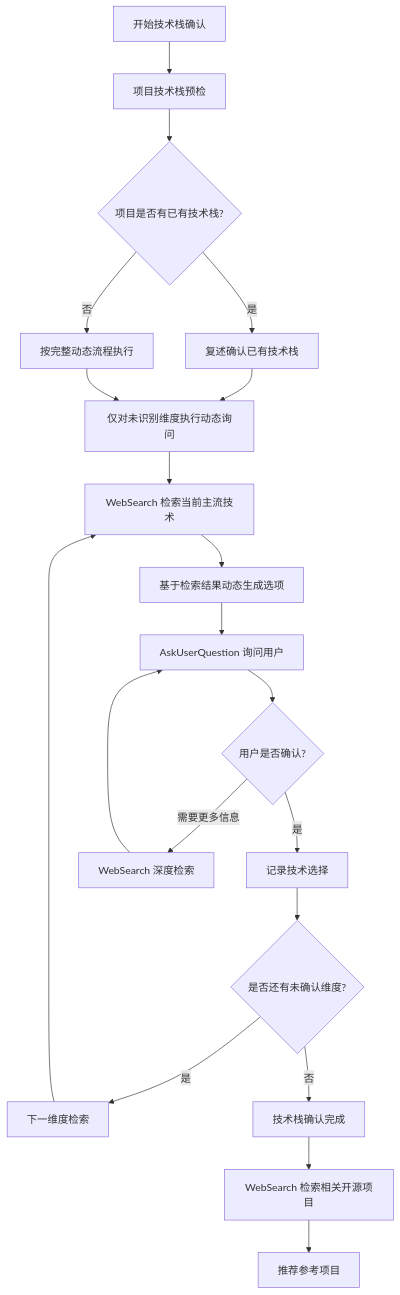
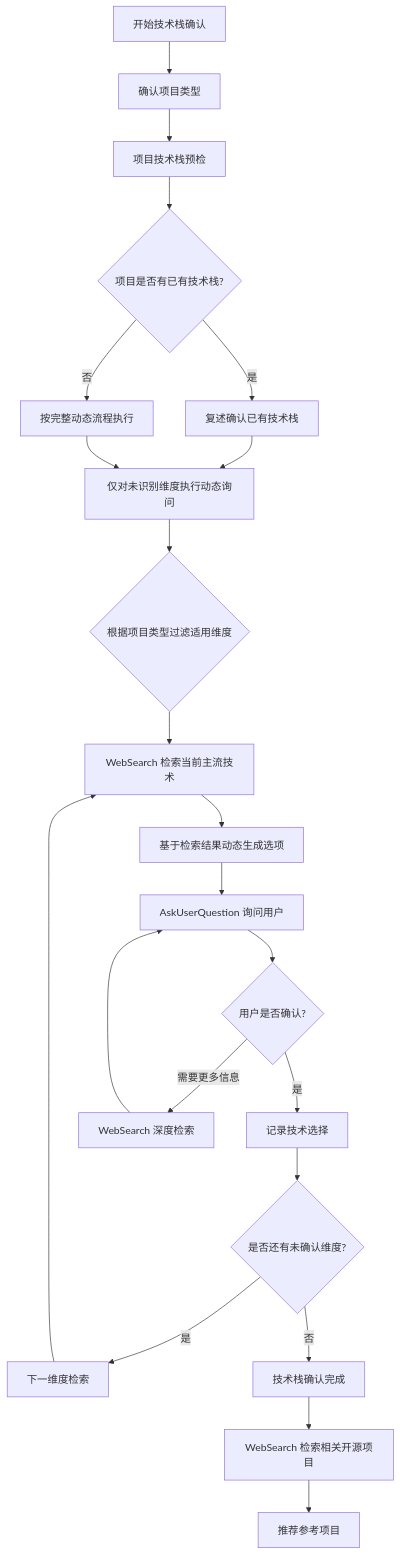
One commit to ll6074729/skills changed the second of 5 diagrams in spec-generator/SKILL.md. Above: the diagram before and after it, drawn with Mermaid. The commit also changed other lines of this file and 2 other files, not shown here.

````diff
--- a/spec-generator/SKILL.md
+++ b/spec-generator/SKILL.md
@@ -137,22 +196,24 @@
 ```mermaid
 flowchart TD
-    A[开始技术栈确认] --> B[项目技术栈预检]
+    A[开始技术栈确认] --> A0[确认项目类型]
+    A0 --> B[项目技术栈预检]
     B --> C{项目是否有已有技术栈?}
     C -->|是| D[复述确认已有技术栈]
     C -->|否| E[按完整动态流程执行]
     D --> F[仅对未识别维度执行动态询问]
     E --> F
-    F --> G[WebSearch 检索当前主流技术]
+    F --> F1{根据项目类型过滤适用维度}
+    F1 --> G[WebSearch 检索当前主流技术]
     G --> H[基于检索结果动态生成选项]
     H --> I[AskUserQuestion 询问用户]
     I --> J{用户是否确认?}
     J -->|是| K[记录技术选择]
     J -->|需要更多信息| L[WebSearch 深度检索]
     L --> I
     K --> M{是否还有未确认维度?}
     M -->|是| N[下一维度检索]
     N --> G
     M -->|否| O[技术栈确认完成]
     O --> P[WebSearch 检索相关开源项目]
     P --> Q[推荐参考项目]
 ```
````
